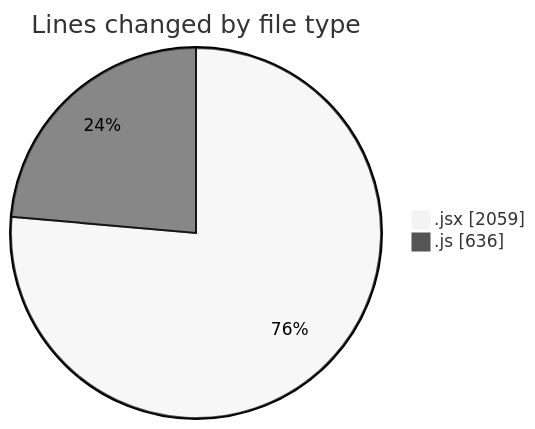
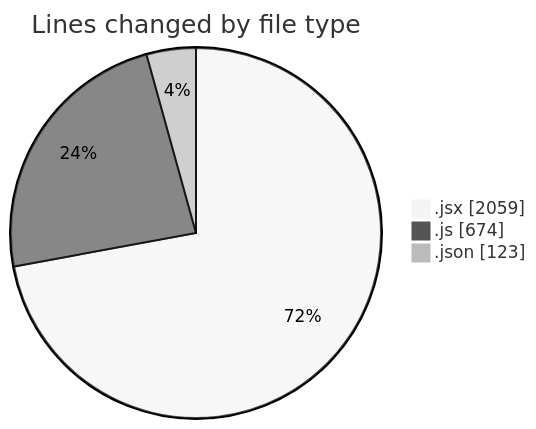
One commit to nxtqubesakshisongat/code-tracking changed the first of 2 diagrams in 2025-12-28/nxtqube_webapp/README.md. Above: the diagram before and after it, drawn with Mermaid (neutral theme). The commit also changed other lines of this file and 1 other file, not shown here.

````diff
--- a/2025-12-28/nxtqube_webapp/README.md
+++ b/2025-12-28/nxtqube_webapp/README.md
@@ -23,6 +24,7 @@
 ```mermaid
 pie showData
 title Lines changed by file type
 ".jsx" : 2059
-".js" : 636
+".js" : 674
+".json" : 123
 ```
````
